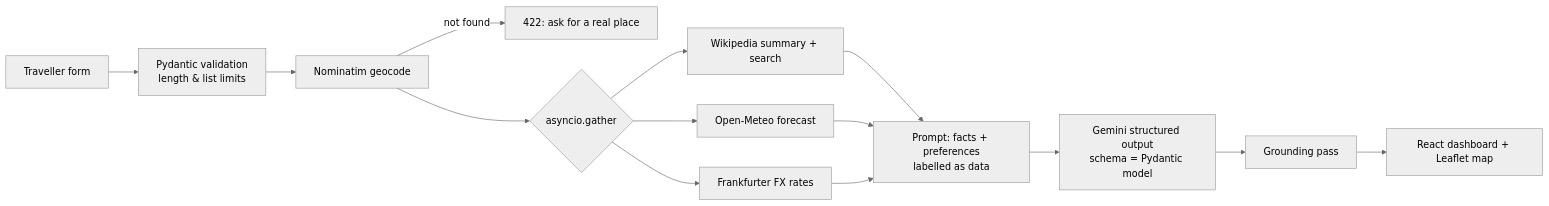
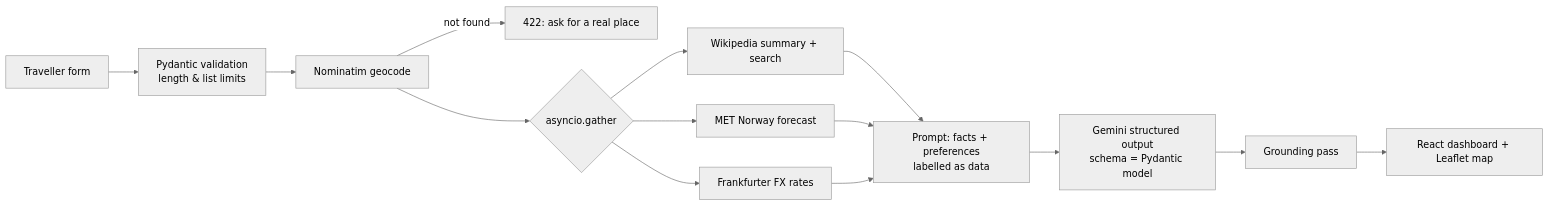
The diagram in README.md (Aisenh037/CultureLens-AI), drawn with Mermaid (neutral theme) before and after one commit. The commit also changed other lines of this file and 6 other files, not shown here.

````diff
--- a/README.md
+++ b/README.md
@@ -17,14 +17,14 @@
 ```mermaid
 graph LR
     A[Traveller form] --> B[Pydantic validation<br/>length & list limits]
     B --> C[Nominatim geocode]
     C -->|not found| X[422: ask for a real place]
     C --> D{asyncio.gather}
     D --> E[Wikipedia summary + search]
-    D --> F[Open-Meteo forecast]
+    D --> F[MET Norway forecast]
     D --> G[Frankfurter FX rates]
     E & F & G --> H[Prompt: facts + preferences<br/>labelled as data]
     H --> I[Gemini structured output<br/>schema = Pydantic model]
     I --> J[Grounding pass]
     J --> K[React dashboard + Leaflet map]
 ```
````
